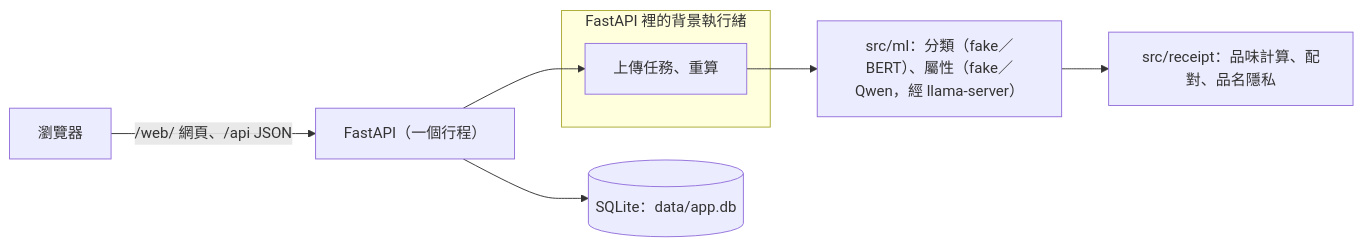
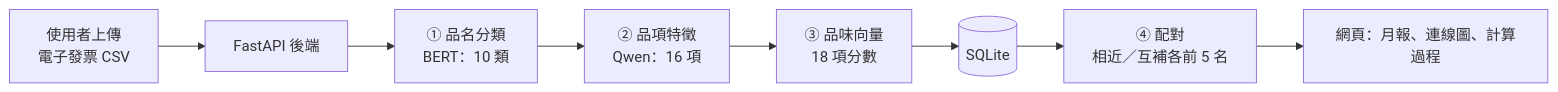
One commit to lee851104/receipt changed the diagram in README.md. Above: the diagram before and after it, drawn with Mermaid. The commit also changed other lines of this file and 5 other files, not shown here.

````diff
--- a/README.md
+++ b/README.md
@@ -117,11 +51,10 @@
 ```mermaid
 flowchart LR
-    B["瀏覽器"] -->|"/web/ 網頁、/api JSON"| F["FastAPI（一個行程）"]
-    F --> D[("SQLite：data/app.db")]
-    subgraph T["FastAPI 裡的背景執行緒"]
-        W["上傳任務、重算"]
-    end
-    F --> W
-    W --> M["src/ml：分類（fake／BERT）、屬性（fake／Qwen，經 llama-server）"]
-    M --> R["src/receipt：品味計算、配對、品名隱私"]
+    U["使用者上傳<br/>電子發票 CSV"] --> API["FastAPI 後端"]
+    API --> C["① 品名分類<br/>BERT：10 類"]
+    C --> A["② 品項特徵<br/>Qwen：16 項"]
+    A --> V["③ 品味向量<br/>18 項分數"]
+    V --> DB[("SQLite")]
+    DB --> M["④ 配對<br/>相近／互補各前 5 名"]
+    M --> W["網頁：月報、連線圖、計算過程"]
 ```
````
